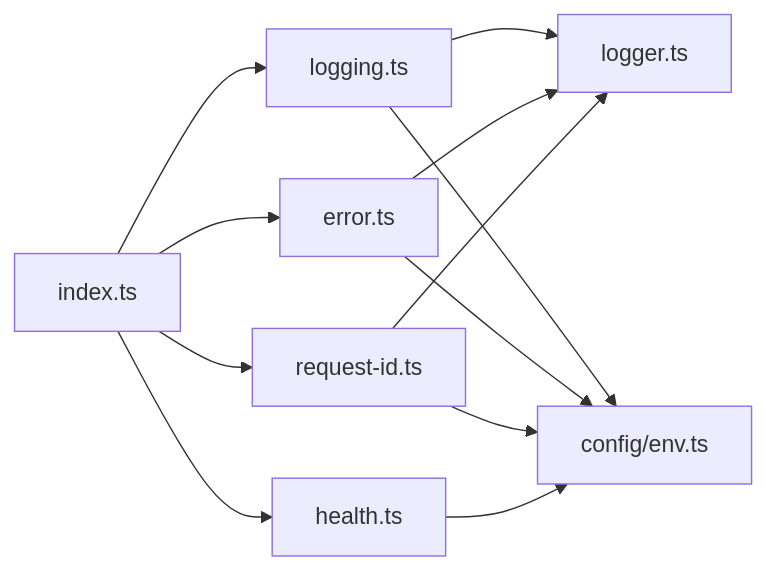
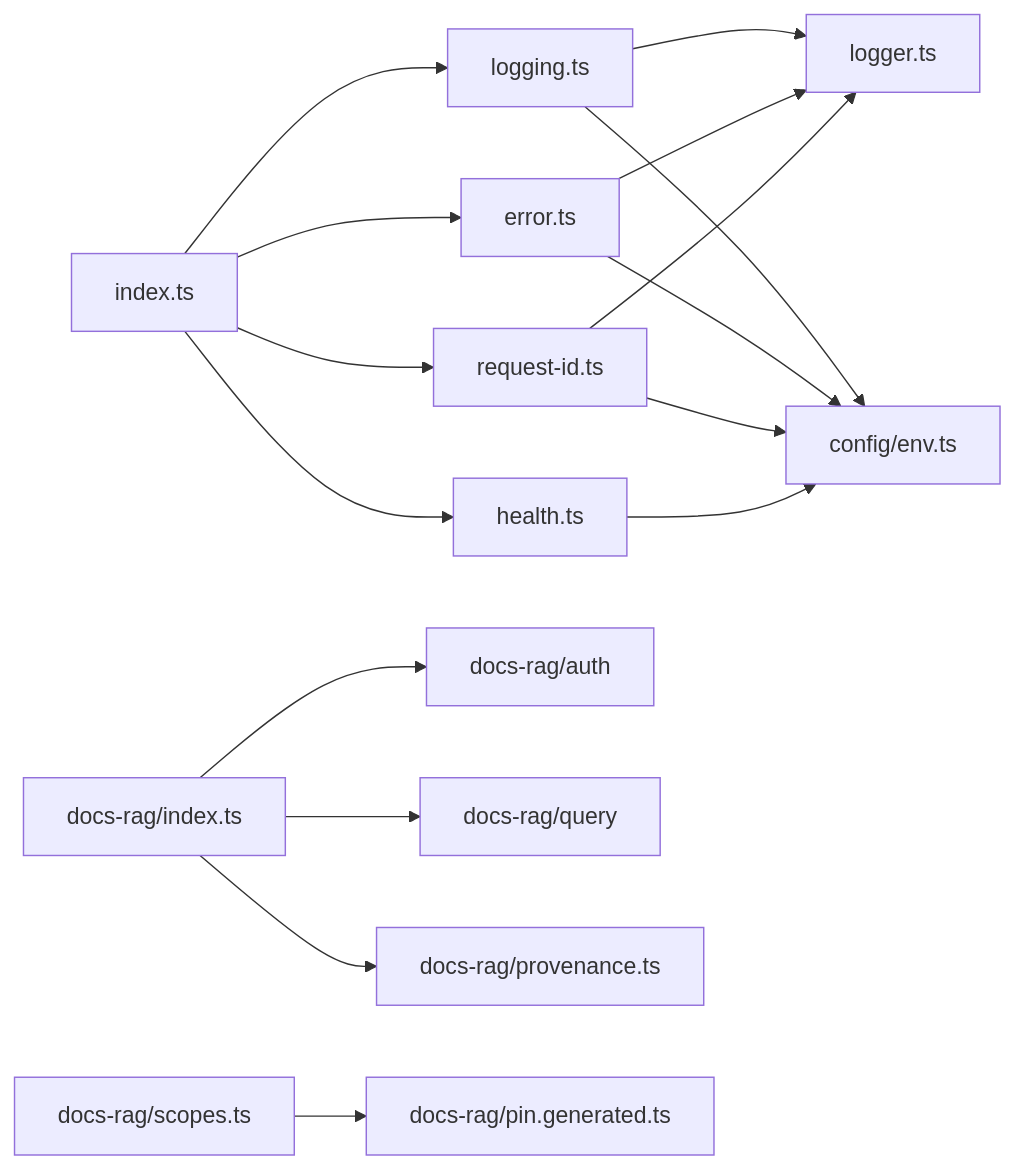
One commit to MesilimLLC/api.trackdub changed the third of 3 diagrams in .qoder/repowiki/en/content/Deployment Guide/Monitoring and Observability/Monitoring and Observability.md. Above: the diagram before and after it, drawn with Mermaid. The commit also changed other lines of this file and 48 other files, not shown here.

````diff
--- a/.qoder/repowiki/en/content/Deployment Guide/Monitoring and Observability/Monitoring and Observability.md
+++ b/.qoder/repowiki/en/content/Deployment Guide/Monitoring and Observability/Monitoring and Observability.md
@@ -250,14 +397,18 @@
 ```mermaid
 graph LR
 Entry["index.ts"] --> ReqID["request-id.ts"]
 Entry --> LogMW["logging.ts"]
 Entry --> ErrMW["error.ts"]
 Entry --> Health["health.ts"]
 LogMW --> Logger["logger.ts"]
 ErrMW --> Logger
 ReqID --> Logger
 LogMW --> Env["config/env.ts"]
 ErrMW --> Env
 ReqID --> Env
 Health --> Env
+DocsIndex["docs-rag/index.ts"] --> DocsAuth["docs-rag/auth"]
+DocsIndex --> DocsQuery["docs-rag/query"]
+DocsIndex --> DocsProv["docs-rag/provenance.ts"]
+DocsScopes["docs-rag/scopes.ts"] --> DocsPin["docs-rag/pin.generated.ts"]
 ```
````
